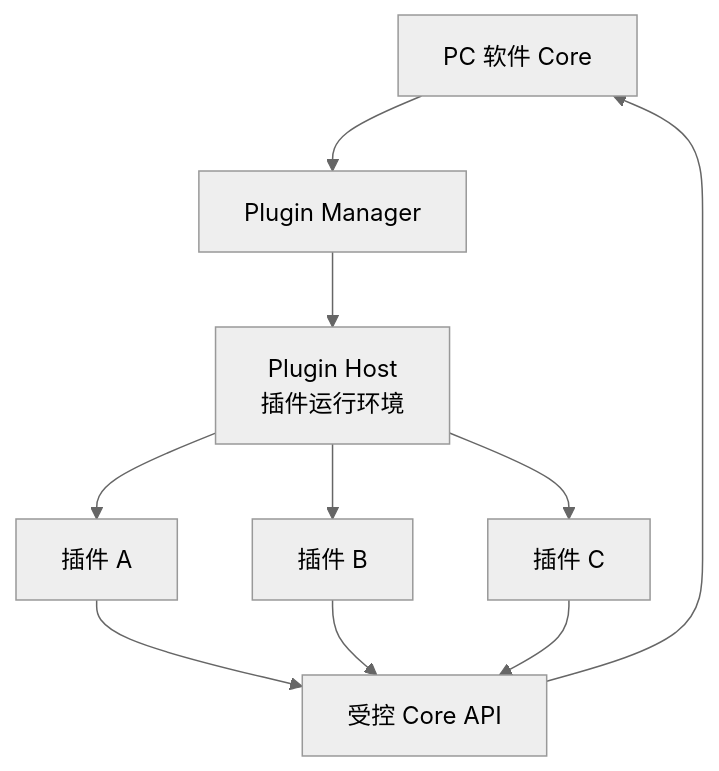
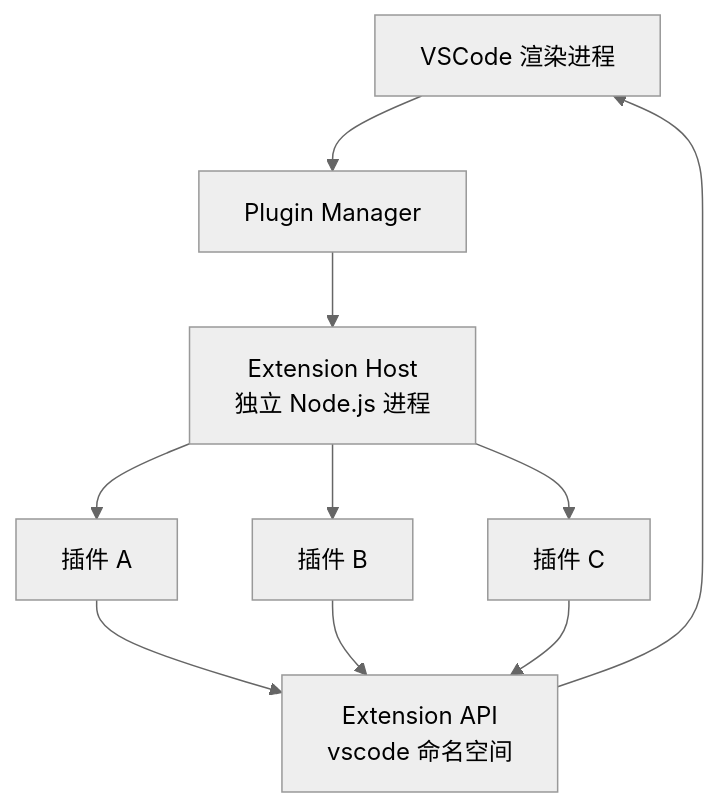
One commit to XiaoYang1127/dev-doc changed the sixth of 8 diagrams in job/mod/pc-plugin-vscode.md. Above: the diagram before and after it, drawn with Mermaid (neutral theme). The commit also changed other lines of this file and 5 other files, not shown here.

````diff
--- a/job/mod/pc-plugin-vscode.md
+++ b/job/mod/pc-plugin-vscode.md
@@ -330,14 +303,14 @@
 ```mermaid
 flowchart TB
-    Core[PC 软件 Core] --> Manager[Plugin Manager]
-    Manager --> Host[Plugin Host<br/>插件运行环境]
+    Core[VSCode 渲染进程] --> Manager[Plugin Manager]
+    Manager --> Host[Extension Host<br/>独立 Node.js 进程]
 
     Host --> P1[插件 A]
     Host --> P2[插件 B]
     Host --> P3[插件 C]
 
-    P1 --> API[受控 Core API]
+    P1 --> API[Extension API<br/>vscode 命名空间]
     P2 --> API
     P3 --> API
     API --> Core
 ```
````
